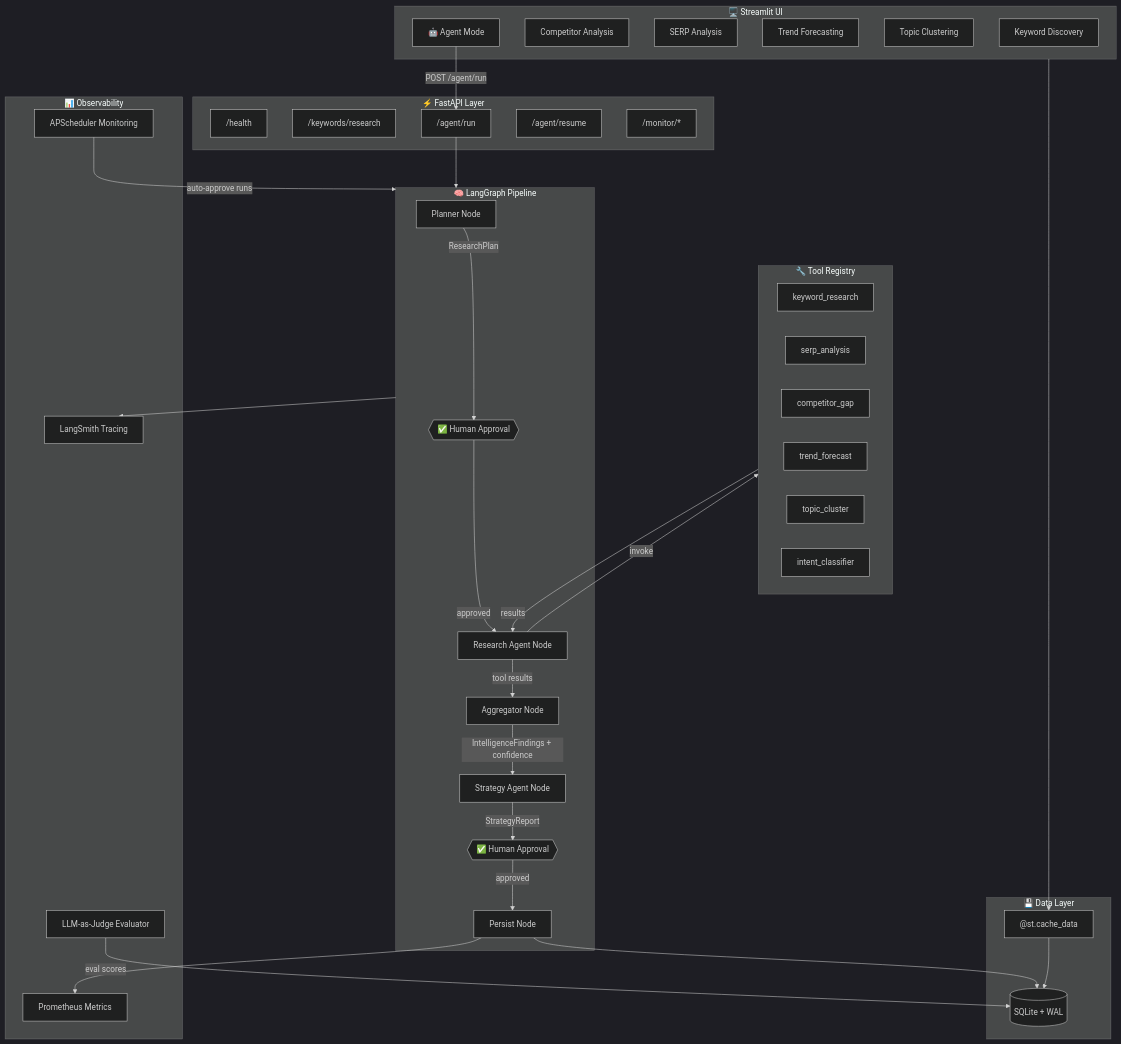
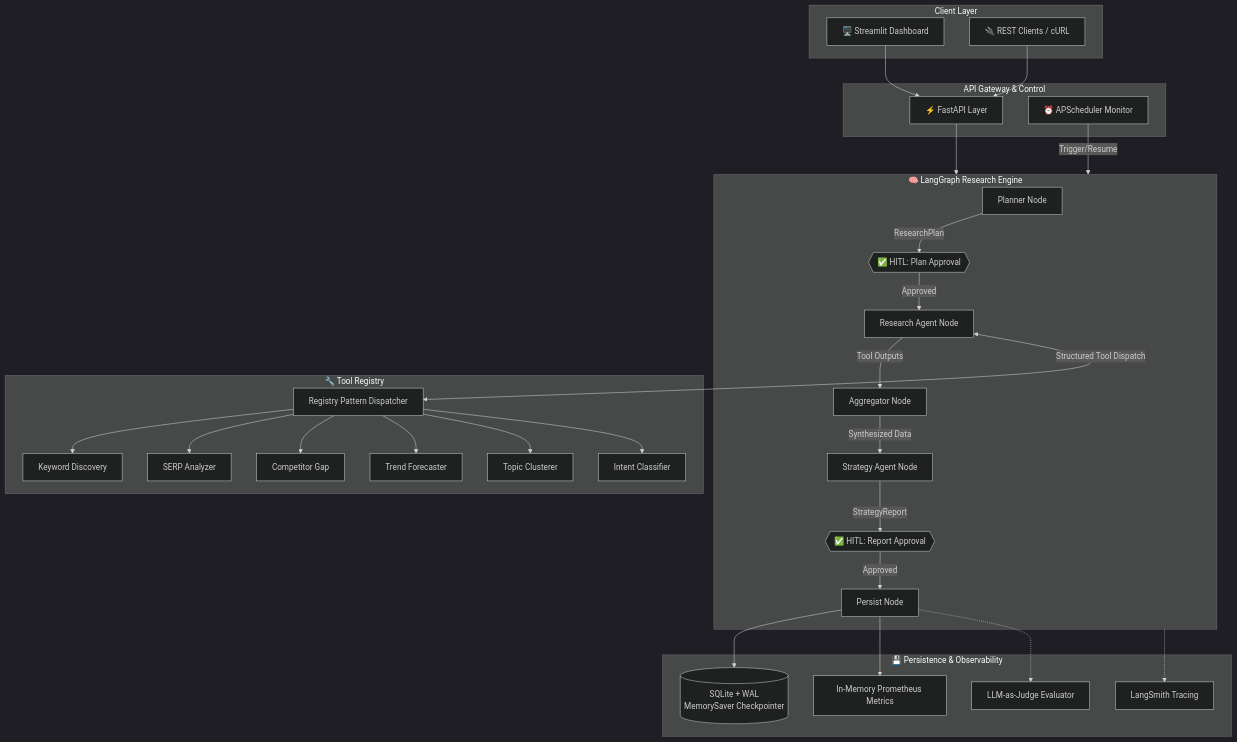
The diagram in README.md (Shafia-01/Stratix), drawn with Mermaid (dark theme) before and after one commit. The commit also changed other lines of this file, not shown here.

````diff
--- a/README.md
+++ b/README.md
@@ -346,60 +27,48 @@
 ```mermaid
-graph TB
-    subgraph UI["🖥️ Streamlit UI"]
-        KD[Keyword Discovery]
-        CA[Competitor Analysis]
-        SA[SERP Analysis]
-        TF[Trend Forecasting]
-        TC[Topic Clustering]
-        AM[🤖 Agent Mode]
+graph TD
+    subgraph Client ["Client Layer"]
+        UI["🖥️ Streamlit Dashboard"]
+        CURL["🔌 REST Clients / cURL"]
     end
 
-    subgraph API["⚡ FastAPI Layer"]
-        HR["/health"]
-        KR["/keywords/research"]
-        AR["/agent/run"]
-        ARS["/agent/resume"]
-        MR["/monitor/*"]
+    subgraph Service ["API Gateway & Control"]
+        FastAPI["⚡ FastAPI Layer"]
+        SCHED["⏰ APScheduler Monitor"]
     end
 
-    subgraph LG["🧠 LangGraph Pipeline"]
-        PN[Planner Node] -->|ResearchPlan| HITL1{{"✅ Human Approval"}}
-        HITL1 -->|approved| RAN[Research Agent Node]
-        RAN -->|tool results| AGG[Aggregator Node]
-        AGG -->|IntelligenceFindings + confidence| SAN[Strategy Agent Node]
-        SAN -->|StrategyReport| HITL2{{"✅ Human Approval"}}
-        HITL2 -->|approved| PERSIST[Persist Node]
+    subgraph Pipeline ["🧠 LangGraph Research Engine"]
+        PN["Planner Node"] -->|ResearchPlan| HITL1{{"✅ HITL: Plan Approval"}}
+        HITL1 -->|Approved| RAN["Research Agent Node"]
+        RAN -->|Tool Outputs| AGG["Aggregator Node"]
+        AGG -->|Synthesized Data| SAN["Strategy Agent Node"]
+        SAN -->|StrategyReport| HITL2{{"✅ HITL: Report Approval"}}
+        HITL2 -->|Approved| PERSIST["Persist Node"]
     end
 
-    subgraph TOOLS["🔧 Tool Registry"]
-        KRT[keyword_research]
-        SERPT[serp_analysis]
-        CGT[competitor_gap]
-        TFT[trend_forecast]
-        TCT[topic_cluster]
-        ICT[intent_classifier]
+    subgraph Tools ["🔧 Tool Registry"]
+        TR["Registry Pattern Dispatcher"]
+        TR --> T1["Keyword Discovery"]
+        TR --> T2["SERP Analyzer"]
+        TR --> T3["Competitor Gap"]
+        TR --> T4["Trend Forecaster"]
+        TR --> T5["Topic Clusterer"]
+        TR --> T6["Intent Classifier"]
     end
 
-    subgraph DATA["💾 Data Layer"]
-        DB[(SQLite + WAL)]
-        CACHE["@st.cache_data"]
+    subgraph Persistence ["💾 Persistence & Observability"]
+        DB[("SQLite + WAL\nMemorySaver Checkpointer")]
+        LS["LangSmith Tracing"]
+        PROM["In-Memory Prometheus Metrics"]
+        EVAL["LLM-as-Judge Evaluator"]
     end
 
-    subgraph OBS["📊 Observability"]
-        LS[LangSmith Tracing]
-        EVAL[LLM-as-Judge Evaluator]
-        PROM[Prometheus Metrics]
-        SCHED[APScheduler Monitoring]
-    end
-
-    AM -->|POST /agent/run| AR
-    AR --> LG
-    RAN -->|invoke| TOOLS
-    TOOLS -->|results| RAN
+    %% Interactions
+    UI & CURL --> FastAPI
+    FastAPI --> Pipeline
+    SCHED -->|Trigger/Resume| Pipeline
+    RAN <-->|Structured Tool Dispatch| TR
     PERSIST --> DB
-    EVAL -->|eval scores| DB
-    LG --> LS
     PERSIST --> PROM
-    SCHED -->|auto-approve runs| LG
-    UI --> CACHE --> DB
+    Pipeline -.-> LS
+    PERSIST -.-> EVAL
 ```
````
